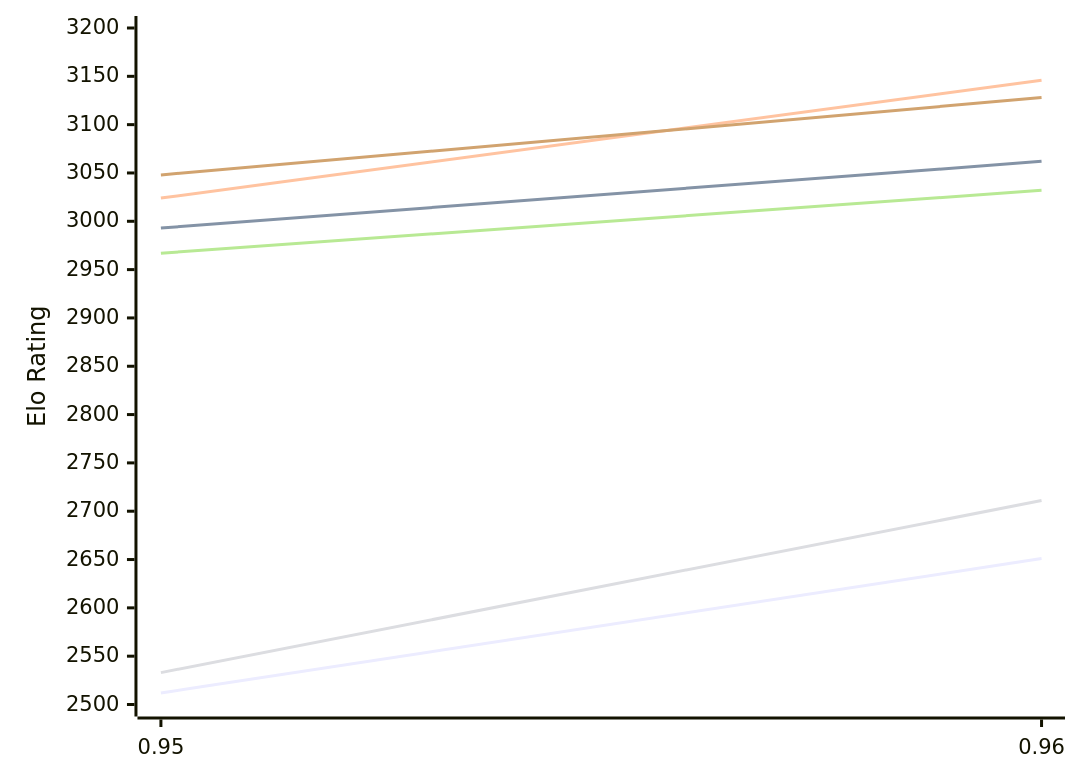
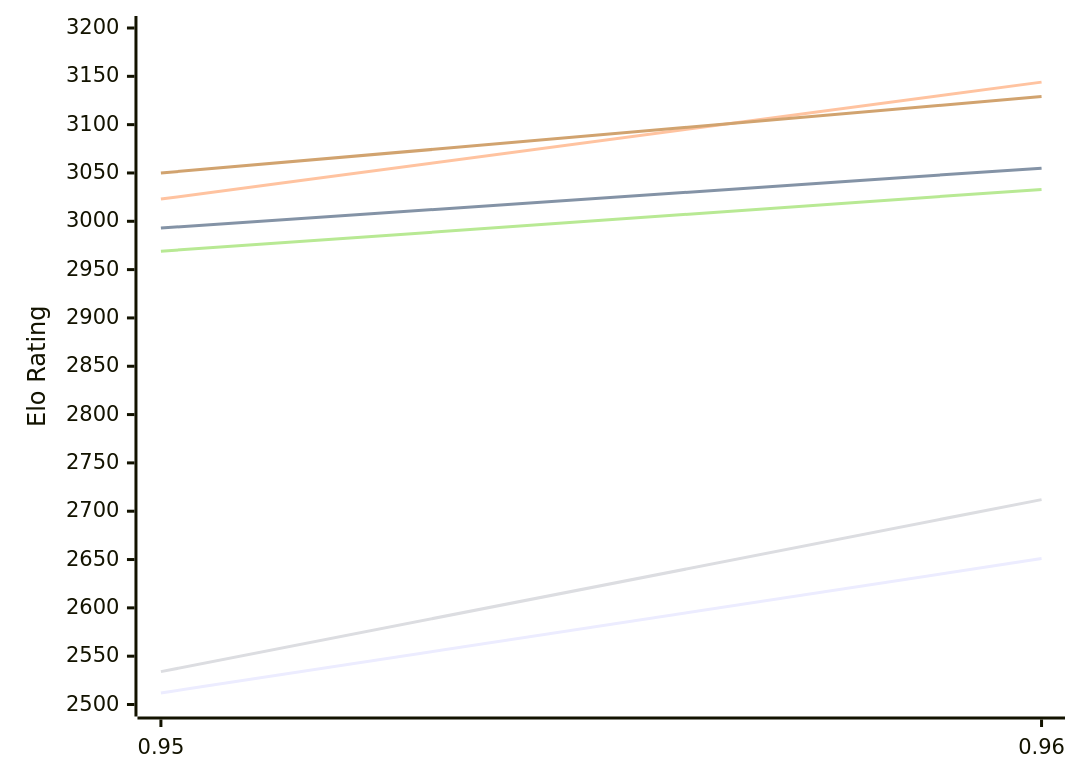
One commit to computer-chess-index/cci changed the first of 2 diagrams in engines/Myrddin.md. Above: the diagram before and after it, drawn with Mermaid. The commit also changed other lines of this file, not shown here.

Commit message:
Update CCI Ratings (ELO VLTC) - 2026-11-28

````diff
--- a/engines/Myrddin.md
+++ b/engines/Myrddin.md
@@ -51,12 +51,12 @@
 ```mermaid
 %%{init: {"theme":"base","themeVariables":{"seriesColors:['#a3a3a3','#222221','#faa371']}}}%%
 xychart-beta
   x-axis ["0.95", "0.96"]
   y-axis "Elo Rating" 2500 --> 3200
   line "E1: STC (8.0+0.08s)" [2512, 2651]
-  line "E1: LTC (60.0+0.60s)" [2993, 3062]
-  line "E1: VLTC (2m24s+1.12s)" [3024, 3146]
-  line "P1: STC (8.0+0.08s)" [2533, 2711]
-  line "P1: LTC (60.0+0.60s)" [2967, 3032]
-  line "P1: VLTC (2m24s+1.12s)" [3048, 3128]
+  line "E1: LTC (60.0+0.60s)" [2993, 3055]
+  line "E1: VLTC (2m24s+1.12s)" [3023, 3144]
+  line "P1: STC (8.0+0.08s)" [2534, 2712]
+  line "P1: LTC (60.0+0.60s)" [2969, 3033]
+  line "P1: VLTC (2m24s+1.12s)" [3050, 3129]
 ```
````
